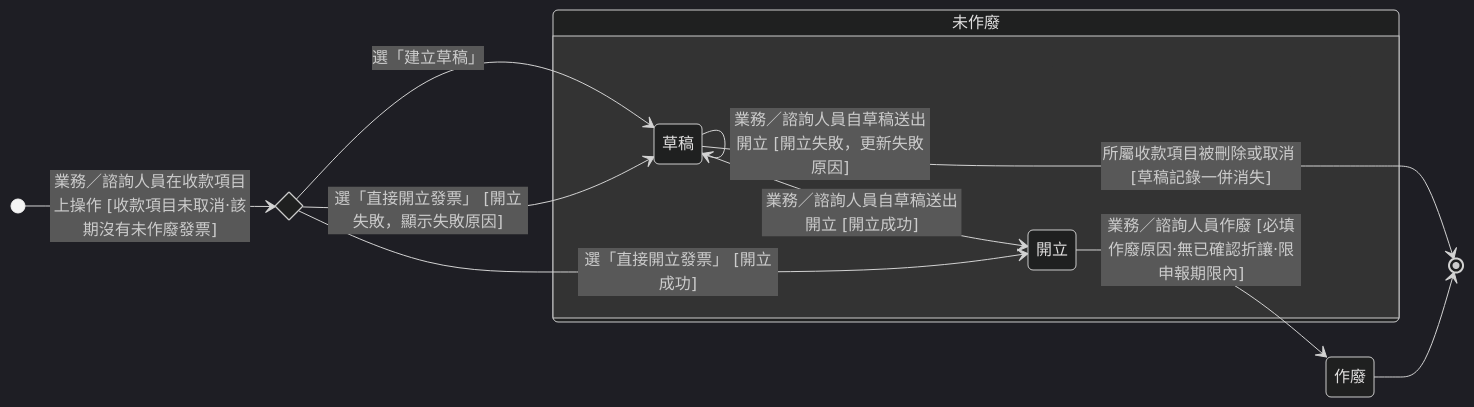
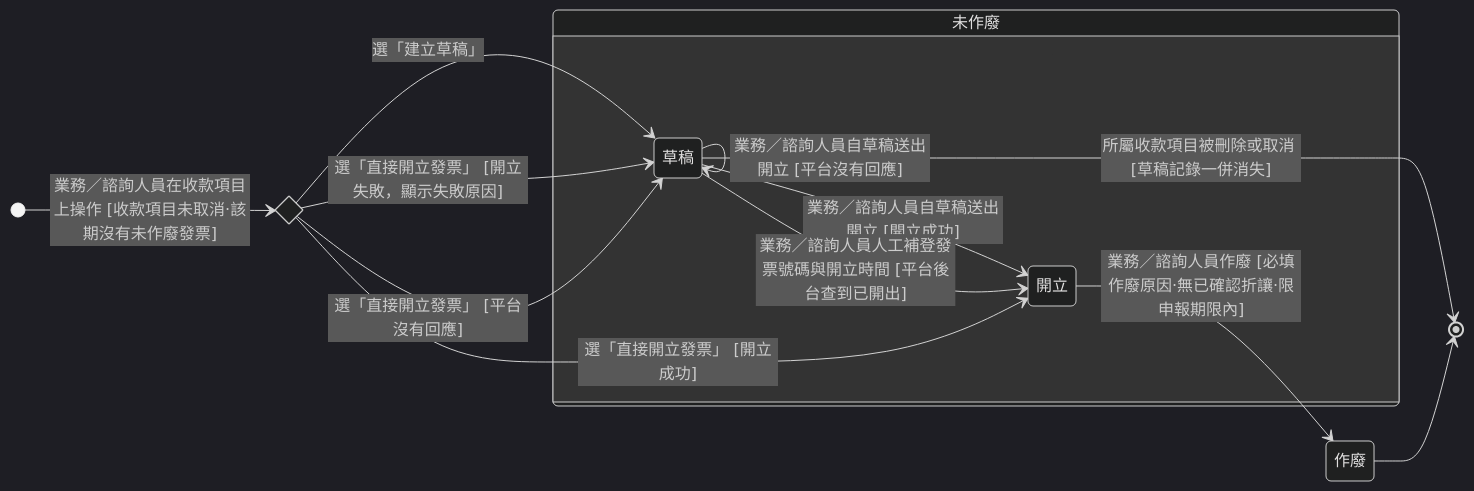
One commit to Kawato-Miles/erp-spec changed the diagram in memory/Sens_wiki/wiki/erp/06-state-machines/發票狀態.md. Above: the diagram before and after it, drawn with Mermaid (dark theme). The commit also changed other lines of this file and 17 other files, not shown here.

````diff
--- a/memory/Sens_wiki/wiki/erp/06-state-machines/發票狀態.md
+++ b/memory/Sens_wiki/wiki/erp/06-state-machines/發票狀態.md
@@ -37,24 +37,27 @@
 ```mermaid
 stateDiagram-v2
     direction LR
 
     state c_entry <<choice>>
     [*] --> c_entry : 業務／諮詢人員在收款項目上操作 [收款項目未取消·該期沒有未作廢發票]
 
     state "未作廢" as g_active {
         direction LR
         state "草稿" as s_draft
         state "開立" as s_issued
         s_draft --> s_issued : 業務／諮詢人員自草稿送出開立 [開立成功]
         s_draft --> s_draft : 業務／諮詢人員自草稿送出開立 [開立失敗，更新失敗原因]
+        s_draft --> s_draft : 業務／諮詢人員自草稿送出開立 [平台沒有回應]
+        s_draft --> s_issued : 業務／諮詢人員人工補登發票號碼與開立時間 [平台後台查到已開出]
     }
     state "作廢" as s_void
 
     c_entry --> s_draft : 選「建立草稿」
     c_entry --> s_issued : 選「直接開立發票」 [開立成功]
     c_entry --> s_draft : 選「直接開立發票」 [開立失敗，顯示失敗原因]
+    c_entry --> s_draft : 選「直接開立發票」 [平台沒有回應]
 
     s_draft --> [*] : 所屬收款項目被刪除或取消 [草稿記錄一併消失]
     s_issued --> s_void : 業務／諮詢人員作廢 [必填作廢原因·無已確認折讓·限申報期限內]
     s_void --> [*]
 ```
````
